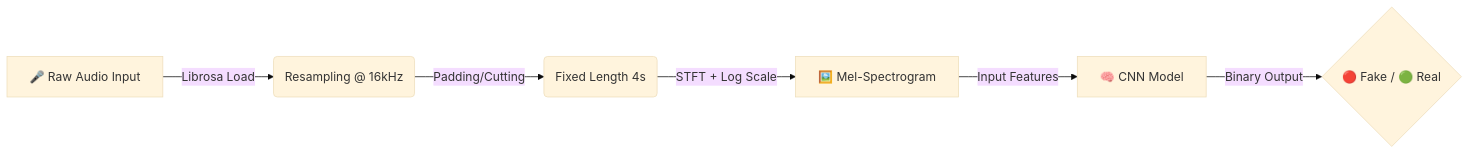
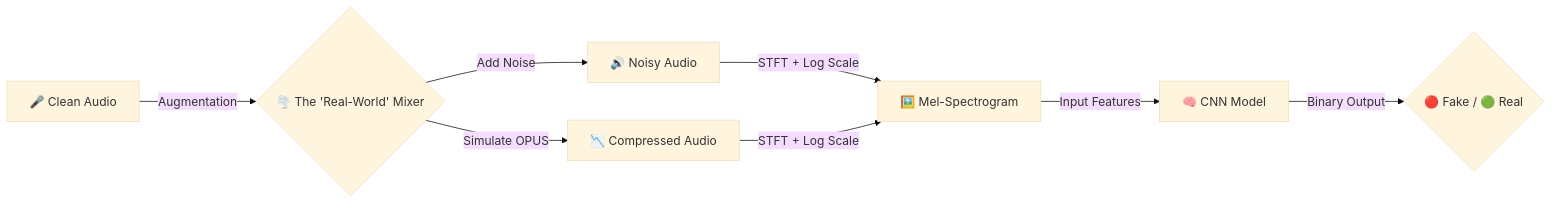
The diagram in README.md (harshil-sri/deep-voice-defender), drawn with Mermaid (base theme) before and after one commit. The commit also changed other lines of this file, not shown here.

````diff
--- a/README.md
+++ b/README.md
@@ -18,8 +25,9 @@
 ```mermaid
 graph LR
-    A[🎤 Raw Audio Input] -->|Librosa Load| B(Resampling @ 16kHz)
-    B -->|Padding/Cutting| C(Fixed Length 4s)
-    C -->|STFT + Log Scale| D[🖼️ Mel-Spectrogram]
-    D -->|Input Features| E[🧠 CNN Model]
-    E -->|Binary Output| F{🔴 Fake / 🟢 Real}
+    A[🎤 Clean Audio] -->|Augmentation| B{🌪️ The 'Real-World' Mixer}
+    B -->|Add Noise| C[🔊 Noisy Audio]
+    B -->|Simulate OPUS| D[📉 Compressed Audio]
+    C & D -->|STFT + Log Scale| E[🖼️ Mel-Spectrogram]
+    E -->|Input Features| F[🧠 CNN Model]
+    F -->|Binary Output| G{🔴 Fake / 🟢 Real}
 ```
````
